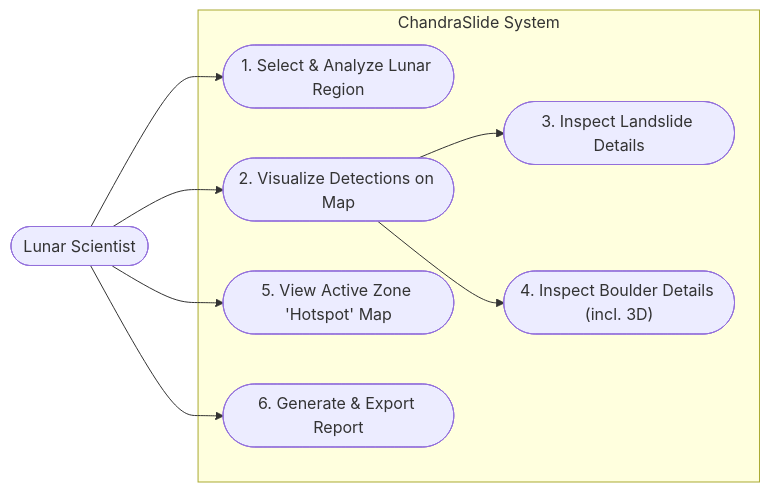
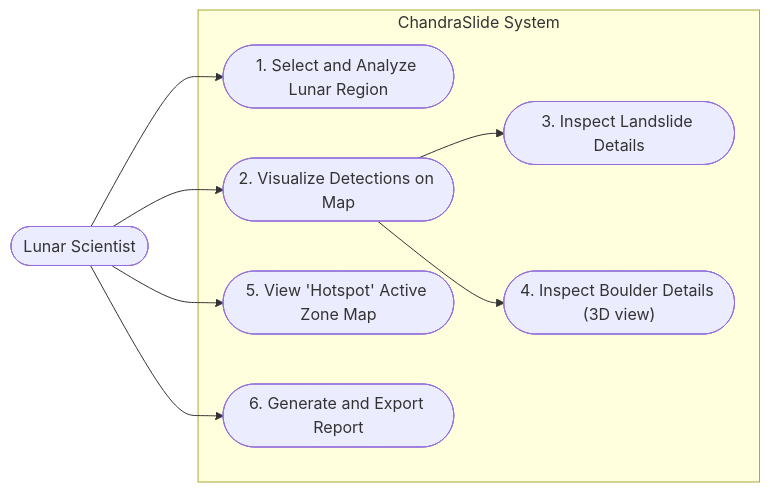
One commit to abhishek-maurya576/chandraSlide changed the diagram in idea/PPT/use_case_diagram.mmd. Above: the diagram before and after it, drawn with Mermaid.

```diff
--- a/idea/PPT/use_case_diagram.mmd
+++ b/idea/PPT/use_case_diagram.mmd
@@ -1,20 +1,20 @@
 %%{init: {'theme': 'default'}}%%
 flowchart LR
-    actorScientist([Lunar Scientist])
+    actorScientist(["Lunar Scientist"])
 
     subgraph "ChandraSlide System"
-        UC1(["1. Select & Analyze Lunar Region"])
+        UC1(["1. Select and Analyze Lunar Region"])
         UC2(["2. Visualize Detections on Map"])
         UC3(["3. Inspect Landslide Details"])
-        UC4(["4. Inspect Boulder Details (incl. 3D)"])
-        UC5(["5. View Active Zone 'Hotspot' Map"])
-        UC6(["6. Generate & Export Report"])
+        UC4(["4. Inspect Boulder Details (3D view)"])
+        UC5(["5. View 'Hotspot' Active Zone Map"])
+        UC6(["6. Generate and Export Report"])
     end
 
     actorScientist --> UC1
     actorScientist --> UC2
     actorScientist --> UC5
     actorScientist --> UC6
 
     UC2 --> UC3
     UC2 --> UC4
```
